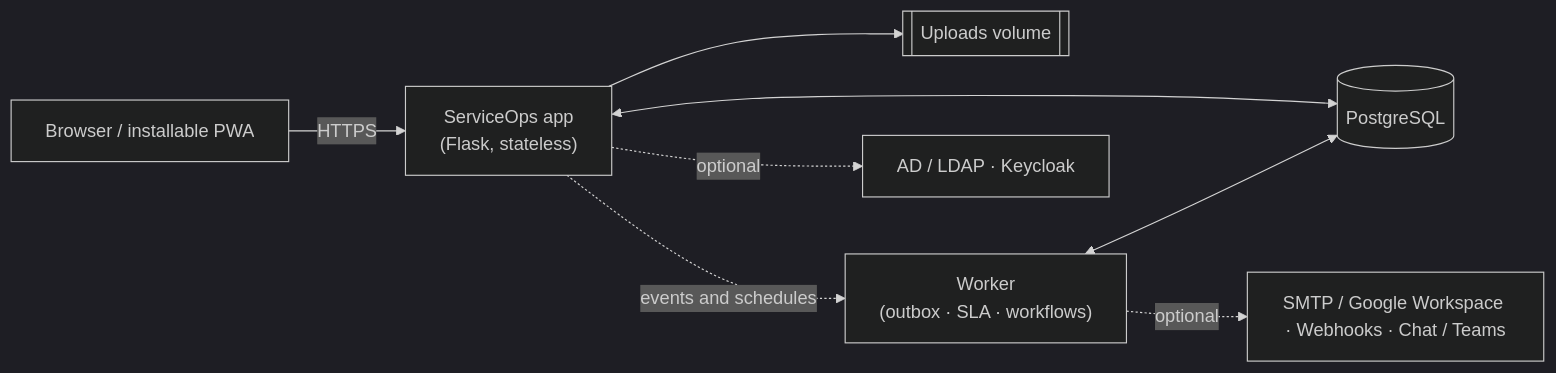
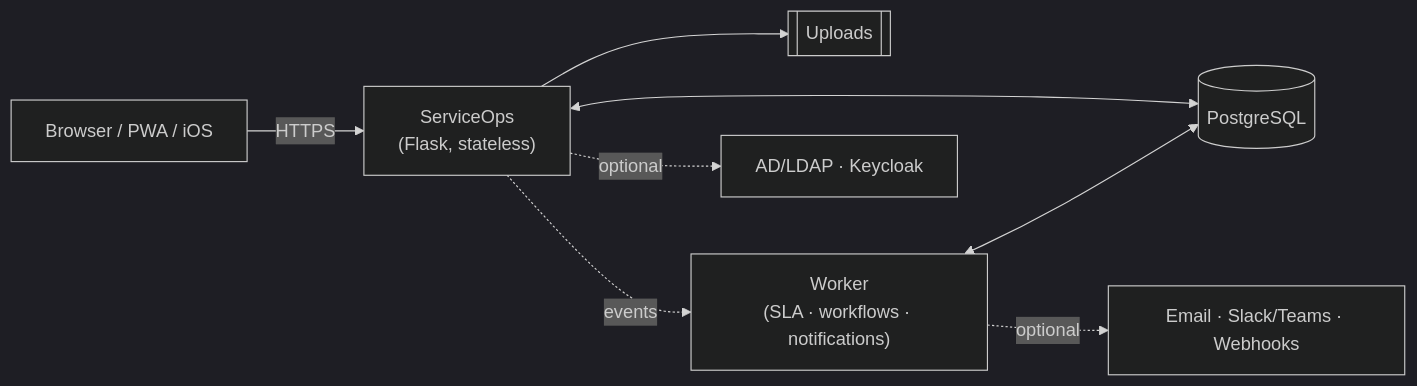
The diagram in README.md (awijesundara/ServiceOps), drawn with Mermaid (dark theme) before and after one commit. The commit also changed other lines of this file, not shown here.

````diff
--- a/README.md
+++ b/README.md
@@ -385,10 +76,10 @@
 ```mermaid
 flowchart LR
-    U["Browser / installable PWA"] -- HTTPS --> A["ServiceOps app<br/>(Flask, stateless)"]
+    U["Browser / PWA / iOS"] -- HTTPS --> A["ServiceOps<br/>(Flask, stateless)"]
     A <--> D[("PostgreSQL")]
-    A --> S[["Uploads volume"]]
-    A -. events and schedules .-> W["Worker<br/>(outbox · SLA · workflows)"]
+    A --> S[["Uploads"]]
+    A -. events .-> W["Worker<br/>(SLA · workflows · notifications)"]
     W <--> D
-    A -. optional .-> ID["AD / LDAP · Keycloak"]
-    W -. optional .-> N["SMTP / Google Workspace · Webhooks · Chat / Teams"]
+    A -. optional .-> ID["AD/LDAP · Keycloak"]
+    W -. optional .-> N["Email · Slack/Teams · Webhooks"]
 ```
````
